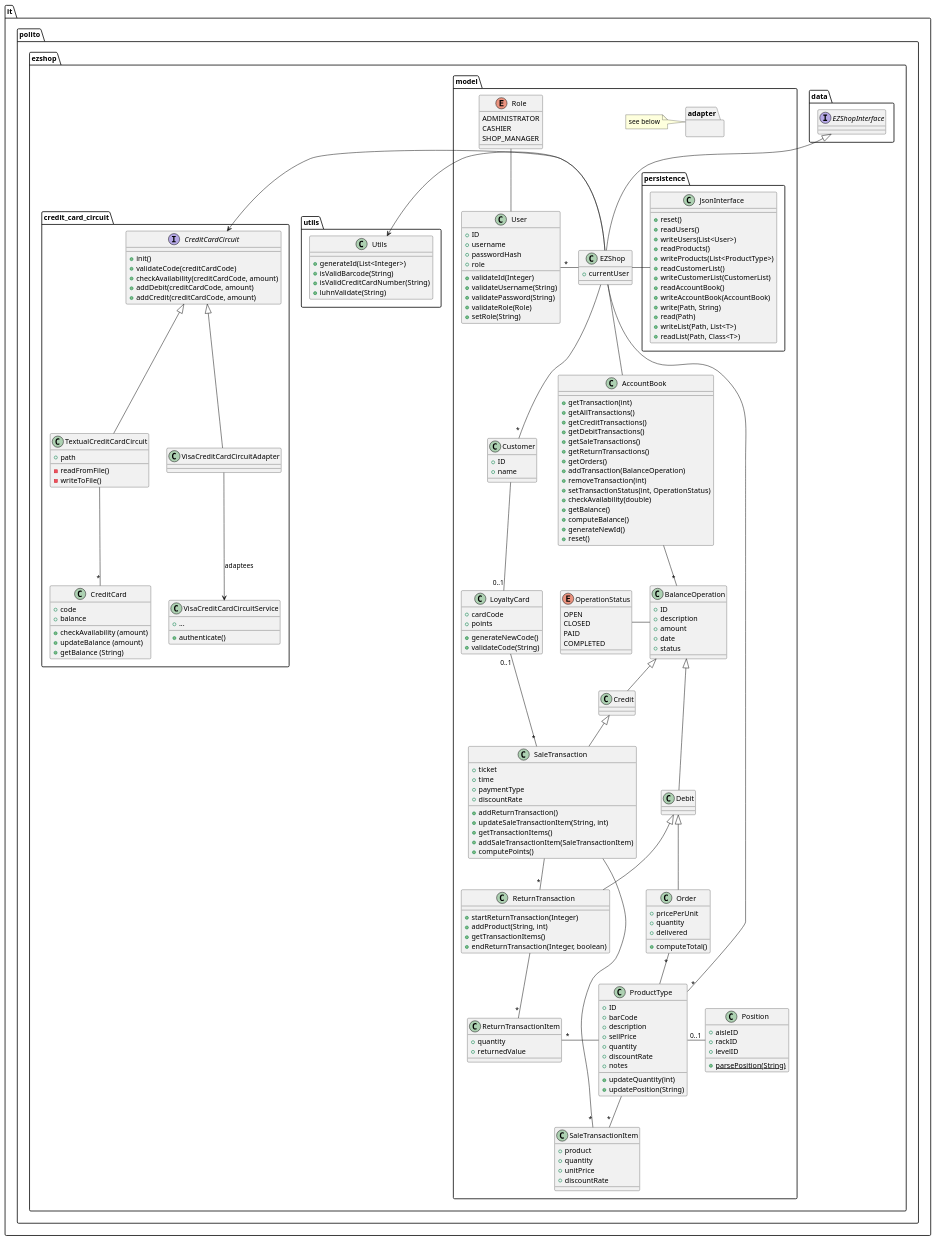
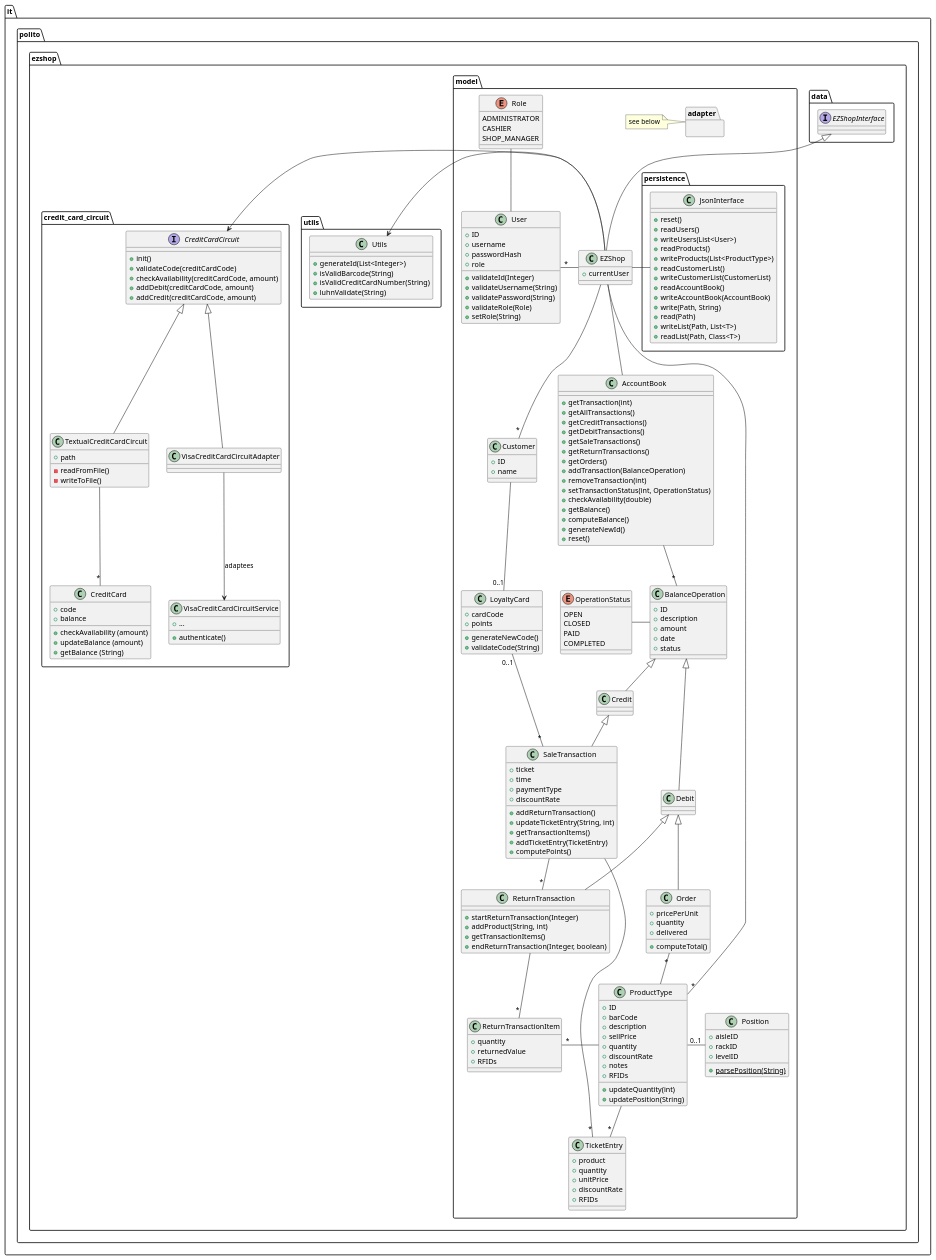
The third of 14 diagrams in Deliverables/DesignDocument.md (polito-se2-21-r03/se1-ezshop), drawn with PlantUML before and after one commit. The commit also changed other lines of this file and 2 other files, not shown here.

Commit message:
Update Dashboard, DesignDocument and Timesheet

```diff
--- a/Deliverables/DesignDocument.md
+++ b/Deliverables/DesignDocument.md
@@ -184,6 +184,7 @@
     + notes
     + updateQuantity(int)
     + updatePosition(String)
+    + RFIDs
 }
 
 class Position {
@@ -228,26 +229,25 @@
     + paymentType /' cash or cc '/
     + discountRate
     + addReturnTransaction()
-    + updateSaleTransactionItem(String, int)
+    + updateTicketEntry(String, int)
     + getTransactionItems()
-    + addSaleTransactionItem(SaleTransactionItem)
+    + addTicketEntry(TicketEntry)
     + computePoints()
 }
 
-class SaleTransactionItem {
+class TicketEntry {
     + product
     + quantity
     + unitPrice
     + discountRate
+    + RFIDs
 }
 
-SaleTransaction -right- "*" SaleTransactionItem
-
-/' (SaleTransaction, ProductType)  .. SaleTransactionItem  '/
+SaleTransaction -right- "*" TicketEntry
 
 SaleTransaction "*" -up- "0..1" LoyaltyCard
 
-SaleTransactionItem "*" -up- ProductType
+TicketEntry "*" -up- ProductType
 
 class ReturnTransaction {
     + startReturnTransaction(Integer)
@@ -259,6 +259,7 @@
 class ReturnTransactionItem {
     + quantity
     + returnedValue
+    + RFIDs
 }
 
 ReturnTransaction -down- "*" ReturnTransactionItem
```
